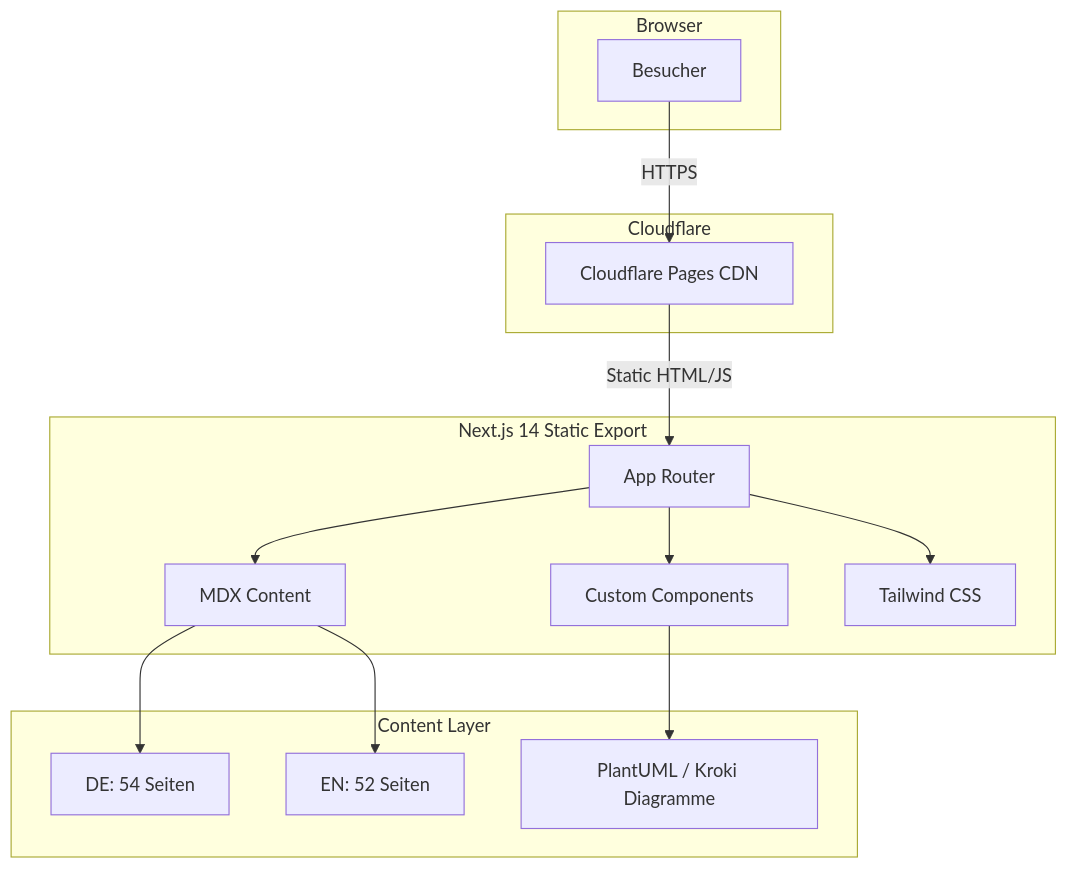
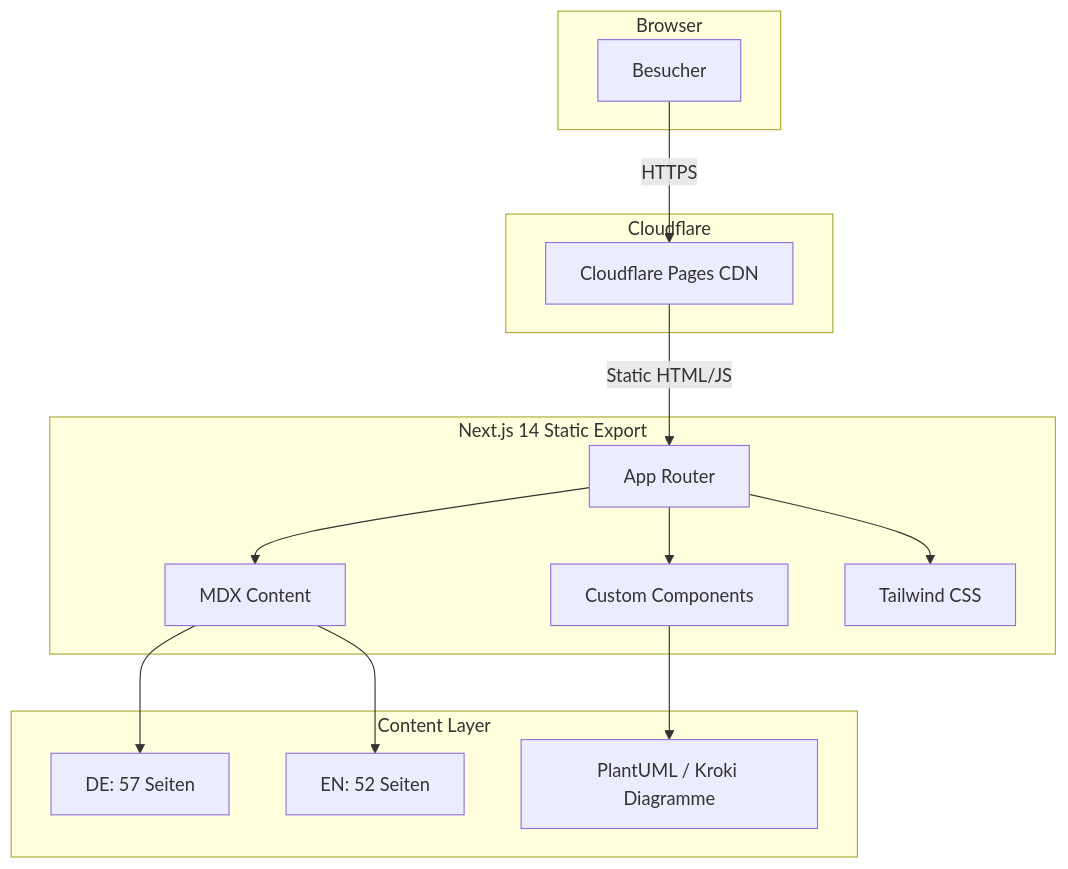
Before and after one commit to AI-Engineerings-at/wiki: the first of 2 diagrams in README.md, drawn with Mermaid. The commit also changed other lines of this file and 4 other files, not shown here.

````diff
--- a/README.md
+++ b/README.md
@@ -36,32 +36,32 @@
 ```mermaid
 graph TD
     subgraph Browser
         A[Besucher]
     end
 
     subgraph Cloudflare
         B[Cloudflare Pages CDN]
     end
 
     subgraph Build["Next.js 14 Static Export"]
         C[App Router]
         D[MDX Content]
         E[Custom Components]
         F[Tailwind CSS]
     end
 
     subgraph Content["Content Layer"]
-        G[DE: 54 Seiten]
+        G[DE: 57 Seiten]
         H[EN: 52 Seiten]
         I[PlantUML / Kroki Diagramme]
     end
 
     A -->|HTTPS| B
     B -->|Static HTML/JS| C
     C --> D
     C --> E
     C --> F
     D --> G
     D --> H
     E --> I
 ```
````
